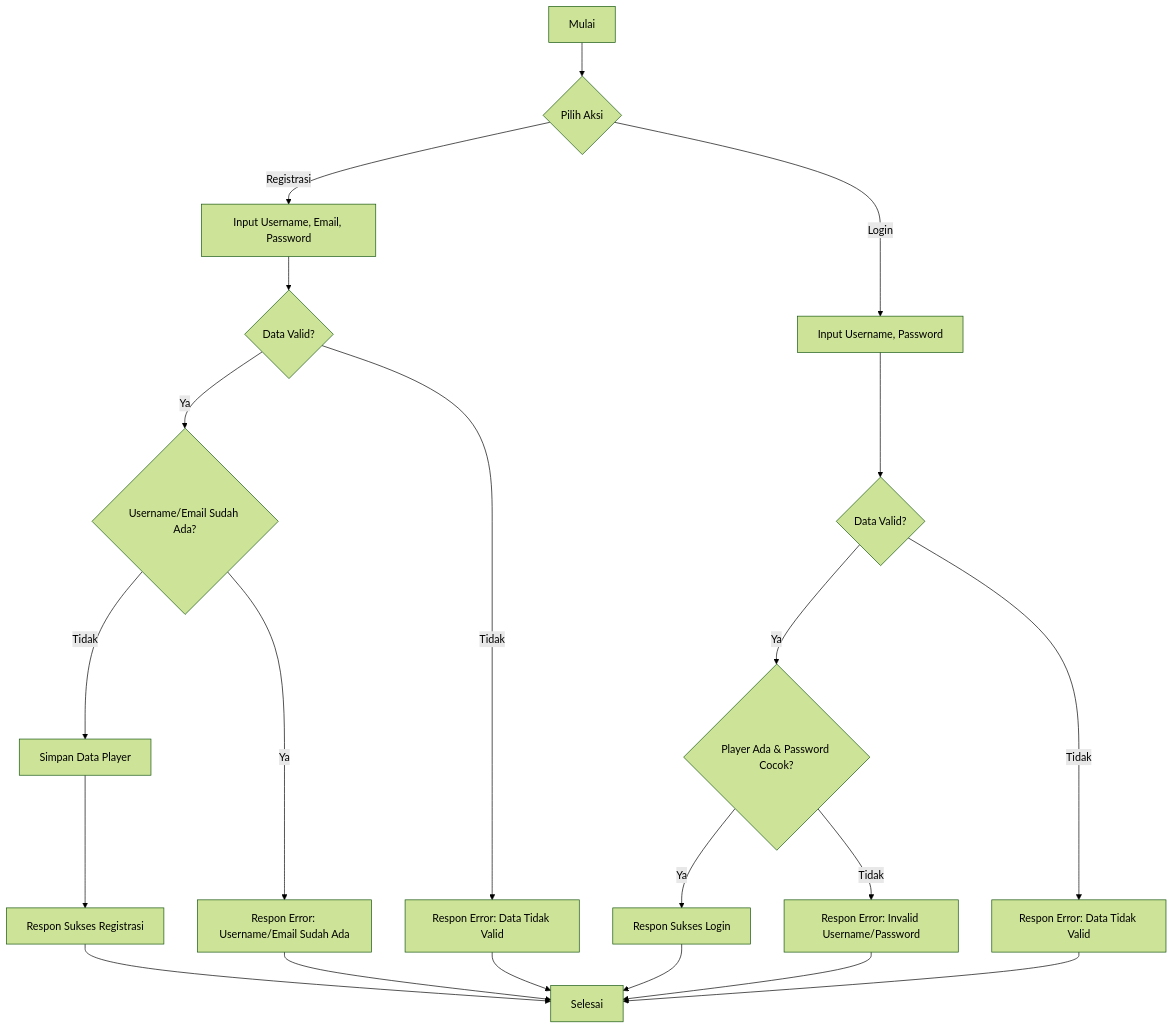
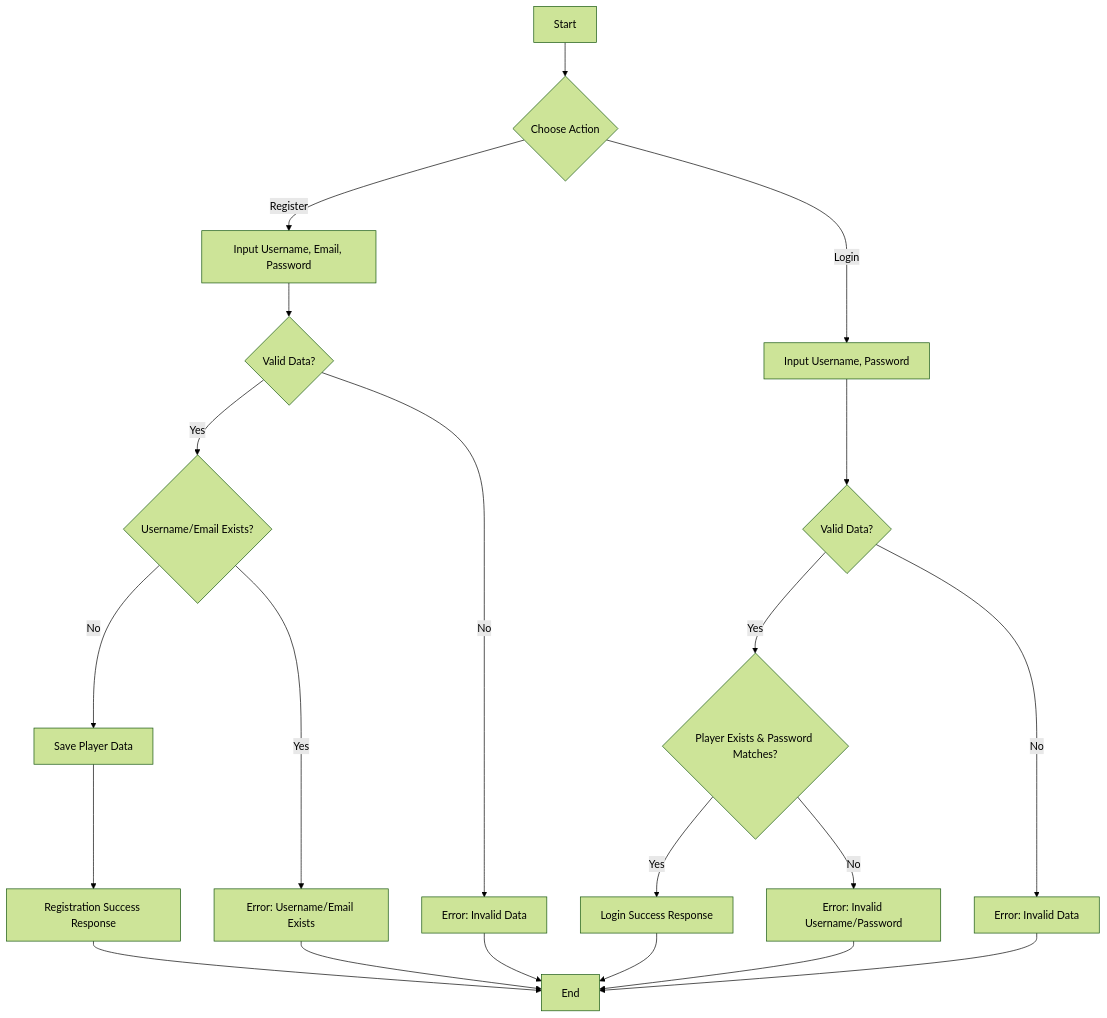
The first of 3 diagrams in README.md (vinend/Re-Aim), drawn with Mermaid (forest theme) before and after one commit. The commit also changed other lines of this file, not shown here.

````diff
--- a/README.md
+++ b/README.md
@@ -197,23 +192,23 @@
 ```mermaid
 graph TD
-    A[Mulai] --> B{Pilih Aksi};
-    B -- Registrasi --> C[Input Username, Email, Password];
-    C --> D{Data Valid?};
-    D -- Ya --> E{Username/Email Sudah Ada?};
-    E -- Tidak --> F[Simpan Data Player];
-    F --> G[Respon Sukses Registrasi];
-    G --> Z[Selesai];
-    E -- Ya --> H[Respon Error: Username/Email Sudah Ada];
+    A[Start] --> B{Choose Action};
+    B -- Register --> C[Input Username, Email, Password];
+    C --> D{Valid Data?};
+    D -- Yes --> E{Username/Email Exists?};
+    E -- No --> F[Save Player Data];
+    F --> G[Registration Success Response];
+    G --> Z[End];
+    E -- Yes --> H[Error: Username/Email Exists];
     H --> Z;
-    D -- Tidak --> I[Respon Error: Data Tidak Valid];
+    D -- No --> I[Error: Invalid Data];
     I --> Z;
     B -- Login --> J[Input Username, Password];
-    J --> K{Data Valid?};
-    K -- Ya --> L{Player Ada & Password Cocok?};
-    L -- Ya --> M[Respon Sukses Login];
+    J --> K{Valid Data?};
+    K -- Yes --> L{Player Exists & Password Matches?};
+    L -- Yes --> M[Login Success Response];
     M --> Z;
-    L -- Tidak --> N[Respon Error: Invalid Username/Password];
+    L -- No --> N[Error: Invalid Username/Password];
     N --> Z;
-    K -- Tidak --> O[Respon Error: Data Tidak Valid];
+    K -- No --> O[Error: Invalid Data];
     O --> Z;
 ```
````
